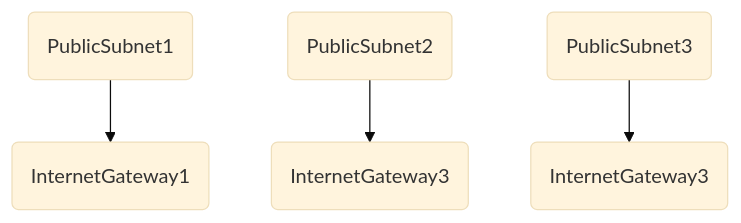
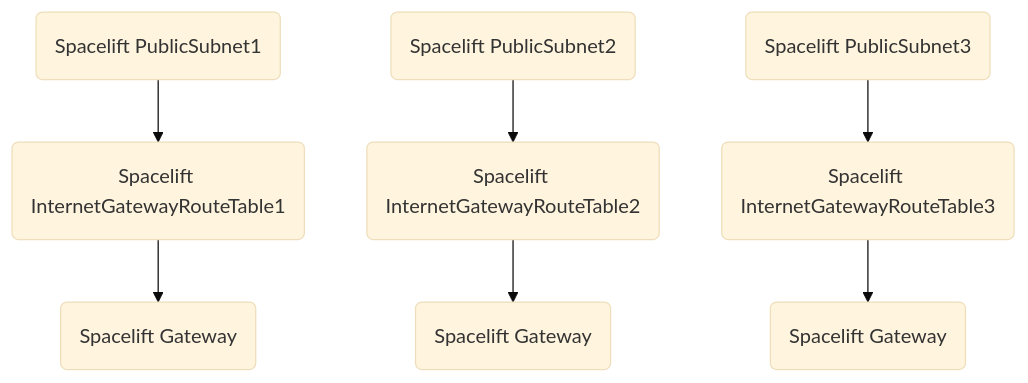
One commit to spacelift-io/self-hosted-v2-to-v3-kit changed the first of 2 diagrams in README.md. Above: the diagram before and after it, drawn with Mermaid (base theme). The commit also changed other lines of this file and 4 other files, not shown here.

````diff
--- a/README.md
+++ b/README.md
@@ -108,6 +148,6 @@
    ```mermaid
    graph TD;
-      A("PublicSubnet1")-->B("InternetGateway1");
-      C("PublicSubnet2")-->D("InternetGateway3");
-      E("PublicSubnet3")-->F("InternetGateway3");
+      A("Spacelift PublicSubnet1")-->B("Spacelift InternetGatewayRouteTable1")-->C("Spacelift Gateway");
+      D("Spacelift PublicSubnet2")-->E("Spacelift InternetGatewayRouteTable2")-->F("Spacelift Gateway");
+      G("Spacelift PublicSubnet3")-->H("Spacelift InternetGatewayRouteTable3")-->I("Spacelift Gateway");
    ```
````
